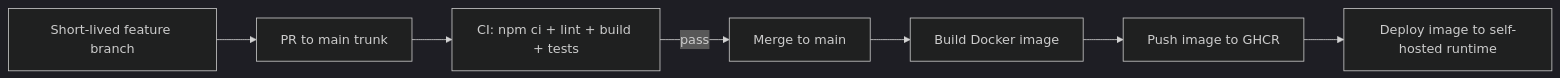
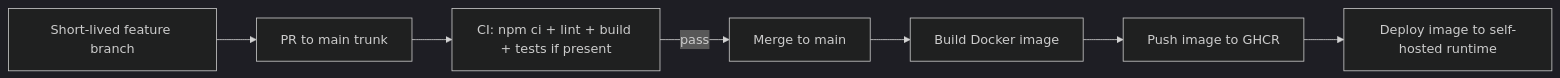
Before and after one commit to richardmcgarrigle/Movie-Explorer: the diagram in CICD_PROPOSAL.md, drawn with Mermaid (dark theme). The commit also changed other lines of this file, not shown here.

First line of the commit message:
Clarify conditional tests and self-hosted deployment recommendation

````diff
--- a/CICD_PROPOSAL.md
+++ b/CICD_PROPOSAL.md
@@ -12,9 +12,9 @@
 ```mermaid
 flowchart LR
   A[Short-lived feature branch] --> B[PR to main trunk]
-  B --> C[CI: npm ci + lint + build + tests]
+  B --> C[CI: npm ci + lint + build + tests if present]
   C -->|pass| D[Merge to main]
   D --> E[Build Docker image]
   E --> F[Push image to GHCR]
   F --> G[Deploy image to self-hosted runtime]
 ```
````
